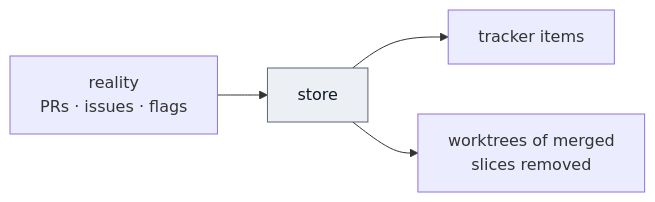
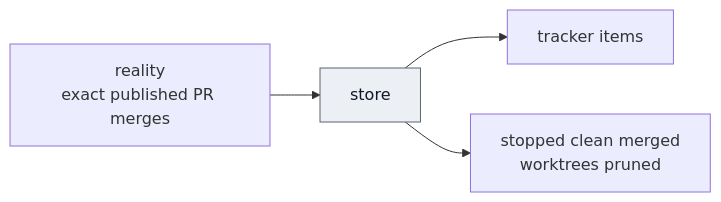
One commit to dreamingechoes/wholeloop changed the second of 2 diagrams in docs/flow/utilities.md. Above: the diagram before and after it, drawn with Mermaid. The commit also changed other lines of this file and 25 other files, not shown here.

First line of the commit message:
feat(sync): reconcile certified merges and recover tracker transitions

````diff
--- a/docs/flow/utilities.md
+++ b/docs/flow/utilities.md
@@ -134,6 +134,6 @@
 ```mermaid
 flowchart LR
-  R["reality<br/>PRs · issues · flags"] --> S["store"]:::core --> T["tracker items"]
-  S --> W["worktrees of merged<br/>slices removed"]
+  R["reality<br/>exact published PR merges"] --> S["store"]:::core --> T["tracker items"]
+  S --> W["stopped clean merged<br/>worktrees pruned"]
   classDef core fill:#eceff3,stroke:#5b6573,color:#111827;
 ```
````
